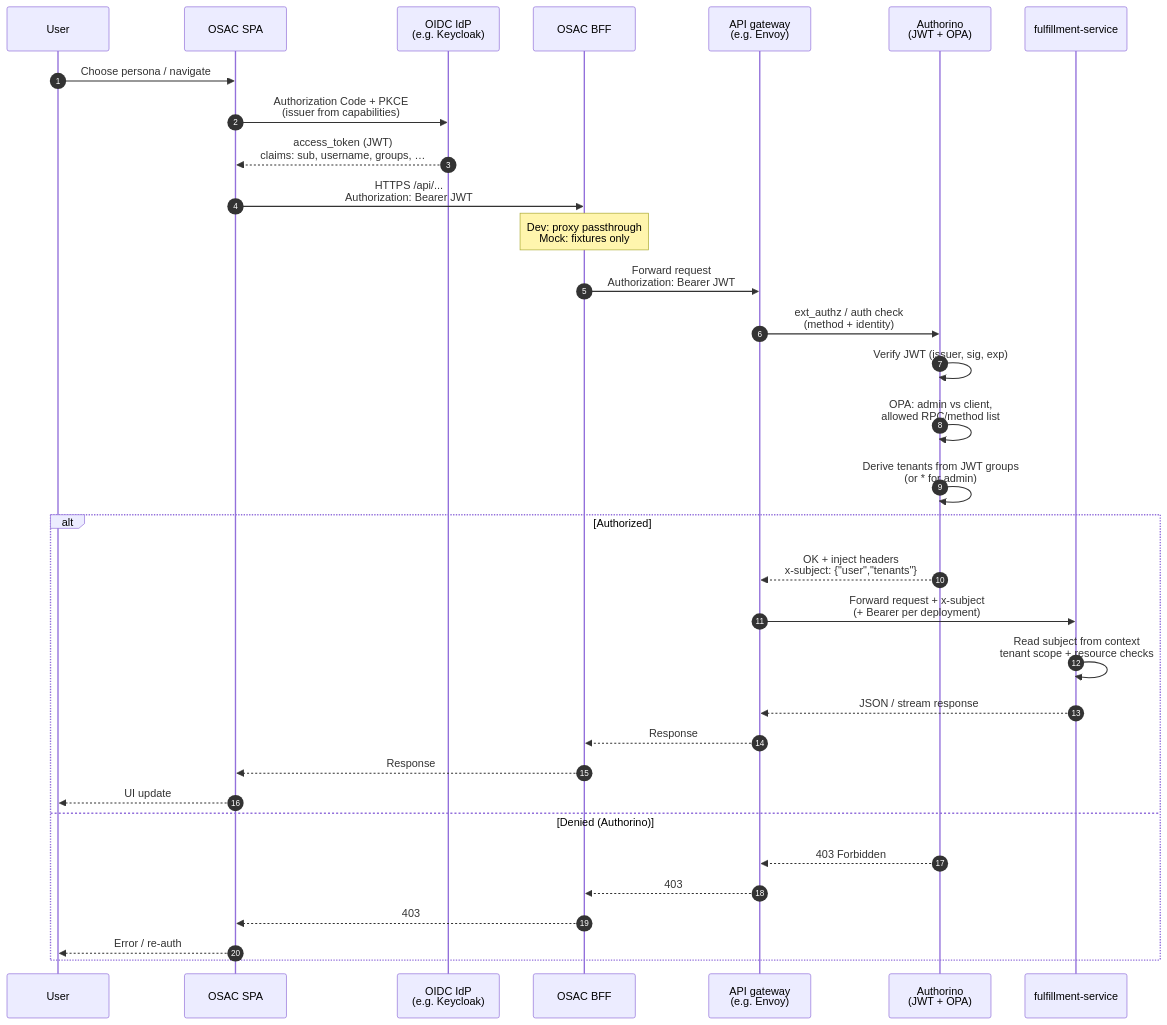
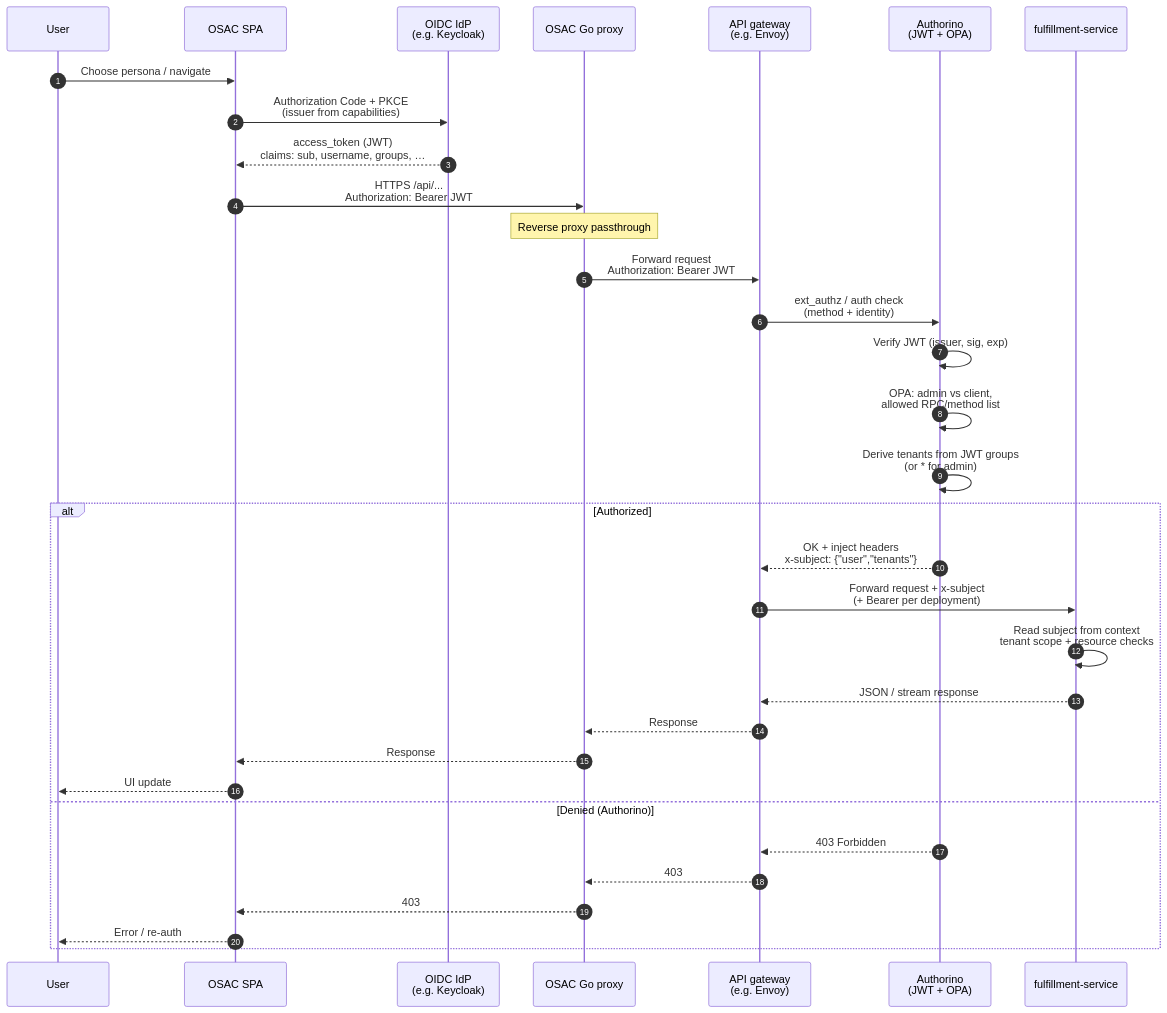
Before and after one commit to CrystalChun/osac: the first of 3 diagrams in osac-ui/README.md, drawn with Mermaid. The commit also changed other lines of this file and 142 other files, not shown here.

Commit message:
Remove mock demo UI, migrate styling to BEM CSS, and align with fulfillment API (#20)

````diff
--- a/osac-ui/README.md
+++ b/osac-ui/README.md
@@ -138,40 +130,40 @@
 ```mermaid
 sequenceDiagram
     autonumber
     participant U as User
     participant SPA as OSAC SPA
     participant IdP as OIDC IdP<br/>(e.g. Keycloak)
-    participant BFF as OSAC BFF
+    participant Proxy as OSAC Go proxy
     participant GW as API gateway<br/>(e.g. Envoy)
     participant Auth as Authorino<br/>(JWT + OPA)
     participant FS as fulfillment-service
 
     U->>SPA: Choose persona / navigate
     SPA->>IdP: Authorization Code + PKCE<br/>(issuer from capabilities)
     IdP-->>SPA: access_token (JWT)<br/>claims: sub, username, groups, …
 
-    SPA->>BFF: HTTPS /api/...<br/>Authorization: Bearer JWT
-    Note over BFF: Dev: proxy passthrough<br/>Mock: fixtures only
+    SPA->>Proxy: HTTPS /api/...<br/>Authorization: Bearer JWT
+    Note over Proxy: Reverse proxy passthrough
 
-    BFF->>GW: Forward request<br/>Authorization: Bearer JWT
+    Proxy->>GW: Forward request<br/>Authorization: Bearer JWT
     GW->>Auth: ext_authz / auth check<br/>(method + identity)
 
     Auth->>Auth: Verify JWT (issuer, sig, exp)
     Auth->>Auth: OPA: admin vs client,<br/>allowed RPC/method list
     Auth->>Auth: Derive tenants from JWT groups<br/>(or * for admin)
 
     alt Authorized
         Auth-->>GW: OK + inject headers<br/>x-subject: {"user","tenants"}
         GW->>FS: Forward request + x-subject<br/>(+ Bearer per deployment)
         FS->>FS: Read subject from context<br/>tenant scope + resource checks
         FS-->>GW: JSON / stream response
-        GW-->>BFF: Response
-        BFF-->>SPA: Response
+        GW-->>Proxy: Response
+        Proxy-->>SPA: Response
         SPA-->>U: UI update
     else Denied (Authorino)
         Auth-->>GW: 403 Forbidden
-        GW-->>BFF: 403
-        BFF-->>SPA: 403
+        GW-->>Proxy: 403
+        Proxy-->>SPA: 403
         SPA-->>U: Error / re-auth
     end
 ```
````
